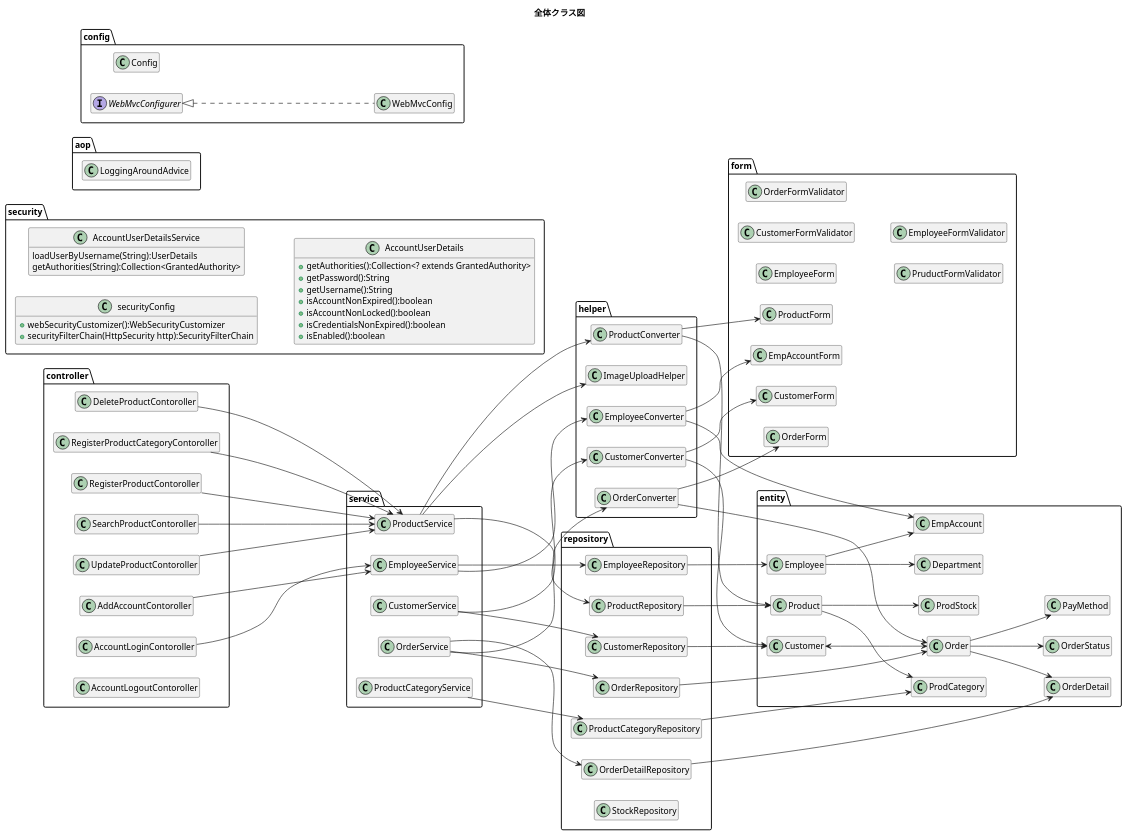
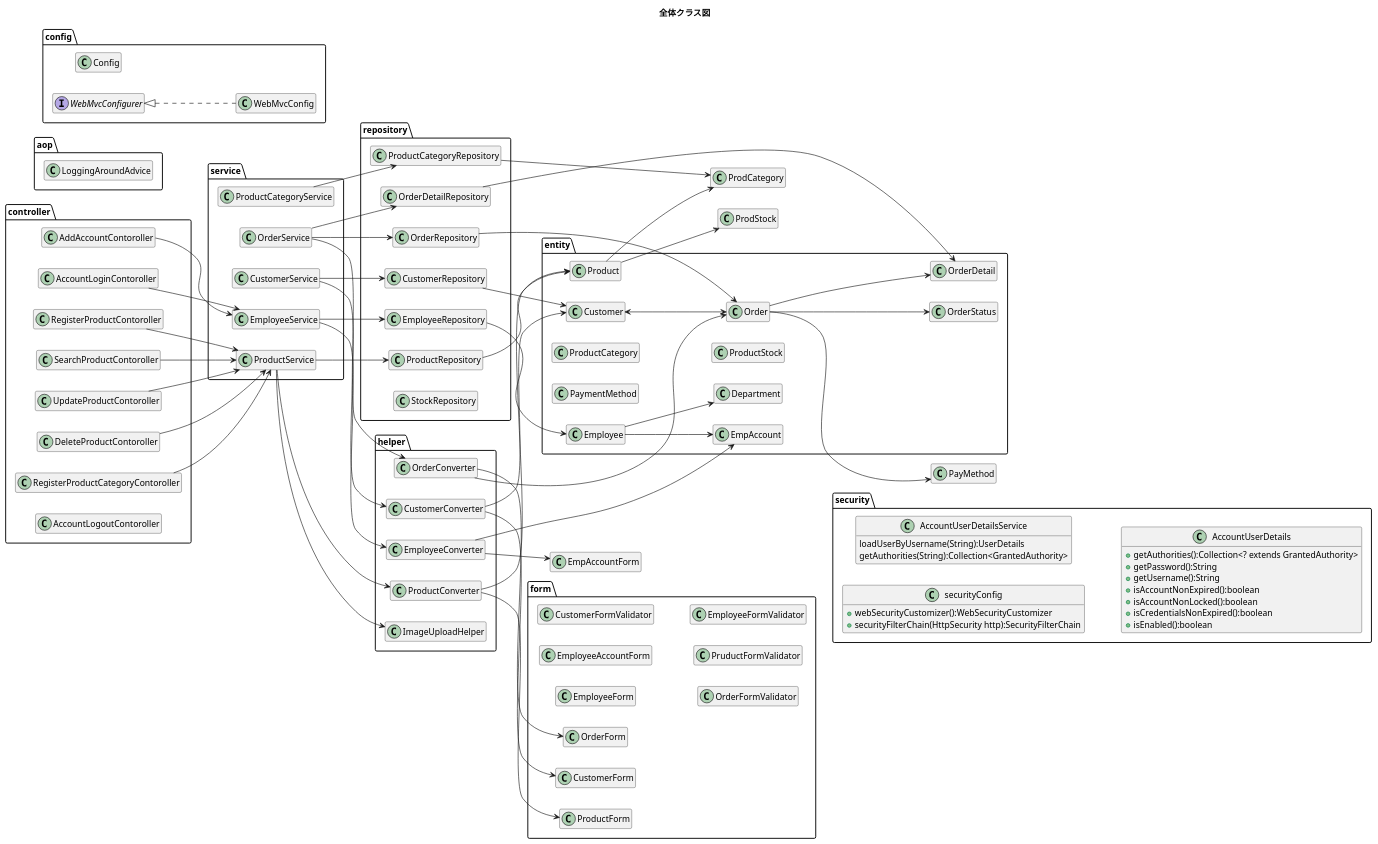
One commit to kanavii3333/ec-b changed the diagram in plan/uml/class/all.plantuml. Above: the diagram before and after it, drawn with PlantUML. The commit also changed 8 other files, not shown here.

```diff
--- a/plan/uml/class/all.plantuml
+++ b/plan/uml/class/all.plantuml
@@ -16,16 +16,16 @@
     class OrderStatus{
     }
     
-    class PayMethod{
+    class PaymentMethod{
     }
 
     class Product{
     }
 
-    class ProdCategory{
+    class ProductCategory{
     }
 
-    class ProdStock{
+    class ProductStock{
     }
 
     class Employee{
@@ -61,7 +61,7 @@
     class EmployeeForm{
     }
     
-    class EmpAccountForm{
+    class EmployeeAccountForm{
     }
     
     class CustomerFormValidator{
```
